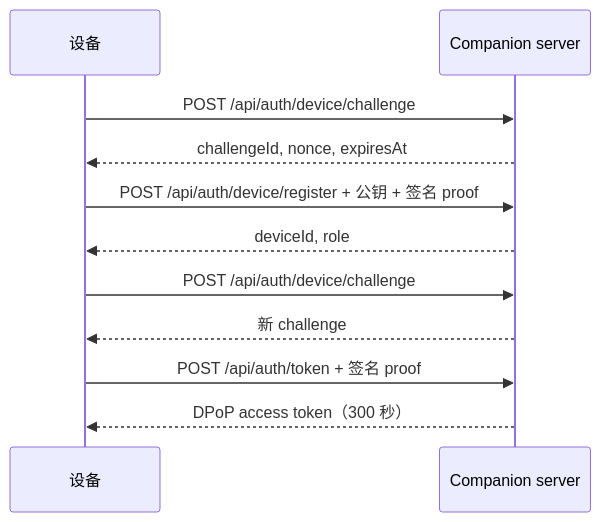
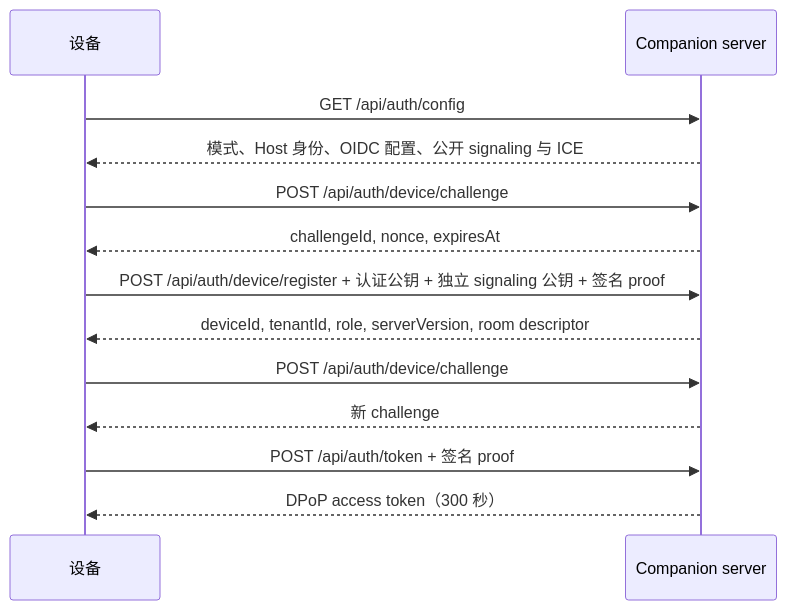
Before and after one commit to MaxQian888/cognia-next: the diagram in docs/content/docs/zh/subsystems/companion-api/server-and-auth.mdx, drawn with Mermaid. The commit also changed other lines of this file and 101 other files, not shown here.

Commit message:
docs: synchronize architecture and subsystem references

````diff
--- a/docs/content/docs/zh/subsystems/companion-api/server-and-auth.mdx
+++ b/docs/content/docs/zh/subsystems/companion-api/server-and-auth.mdx
@@ -35,13 +35,15 @@
 ```mermaid
 sequenceDiagram
   participant D as 设备
   participant C as Companion server
+  D->>C: GET /api/auth/config
+  C-->>D: 模式、Host 身份、OIDC 配置、公开 signaling 与 ICE
   D->>C: POST /api/auth/device/challenge
   C-->>D: challengeId, nonce, expiresAt
-  D->>C: POST /api/auth/device/register + 公钥 + 签名 proof
-  C-->>D: deviceId, role
+  D->>C: POST /api/auth/device/register + 认证公钥 + 独立 signaling 公钥 + 签名 proof
+  C-->>D: deviceId, tenantId, role, serverVersion, room descriptor
   D->>C: POST /api/auth/device/challenge
   C-->>D: 新 challenge
   D->>C: POST /api/auth/token + 签名 proof
   C-->>D: DPoP access token（300 秒）
 ```
````
